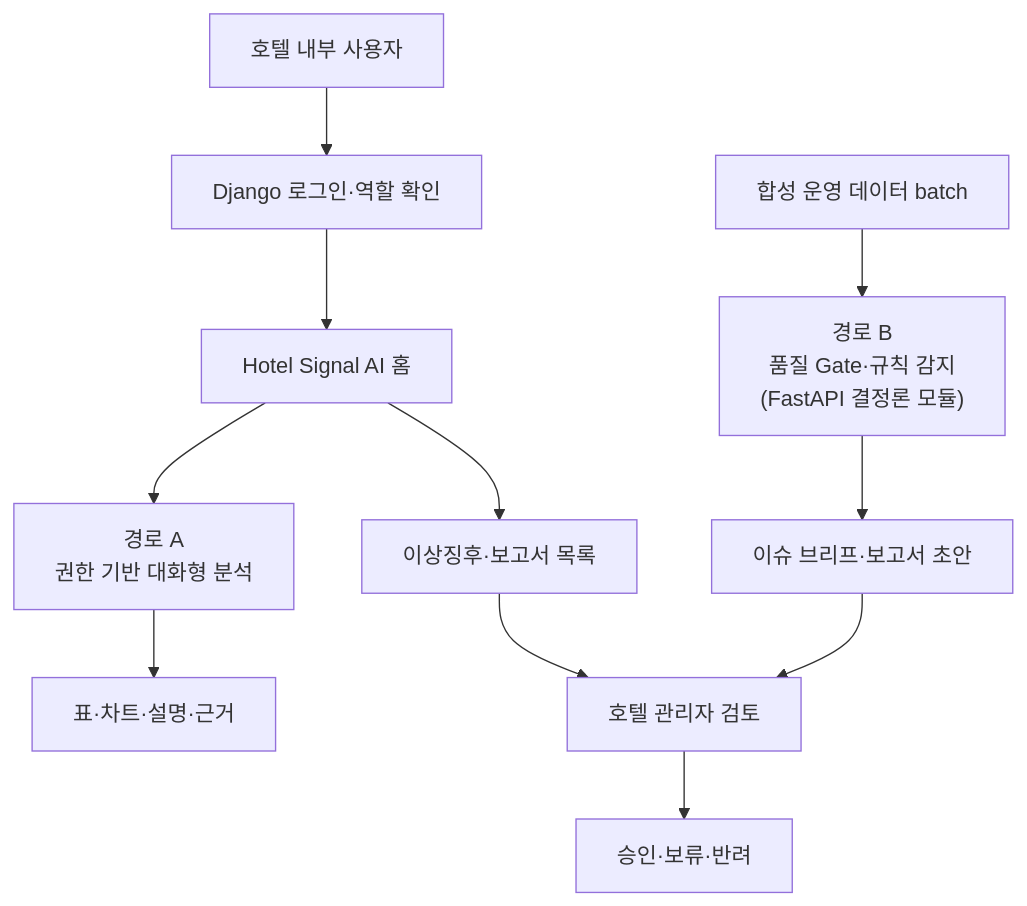
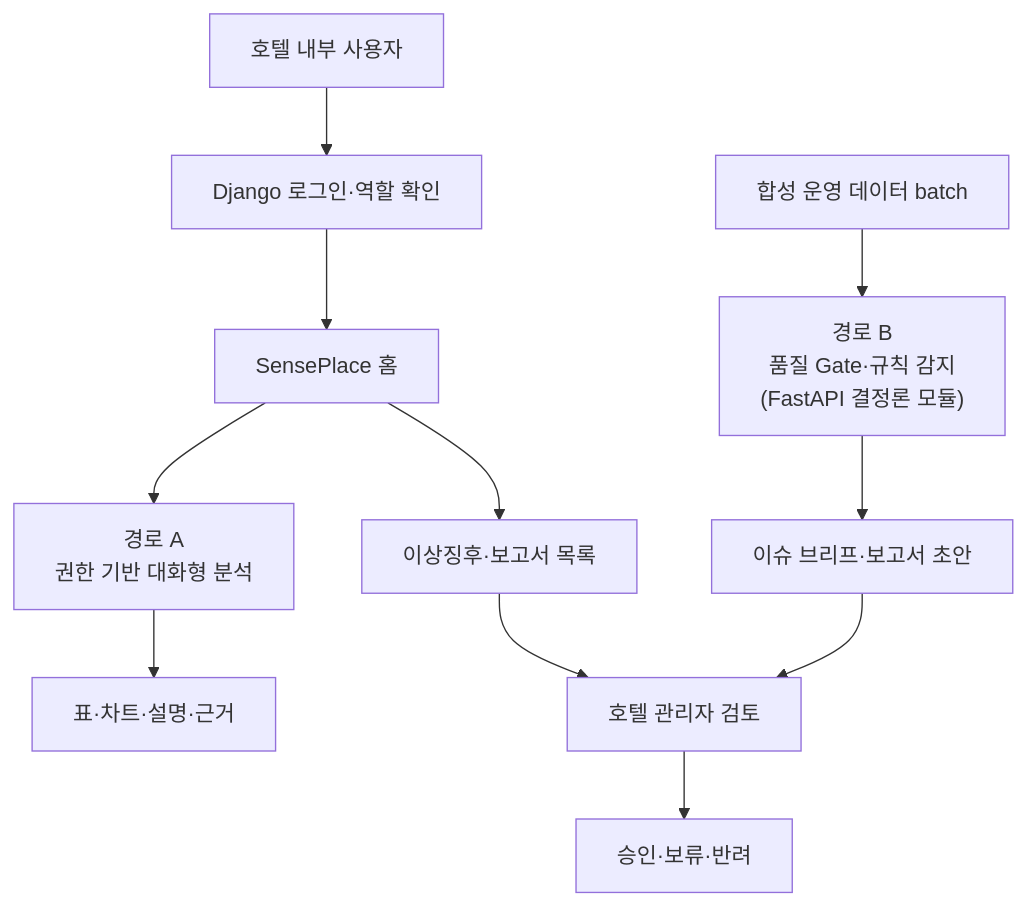
The third of 8 diagrams in docs/markdown/SensePlace_기획서_초안.md (hijun318-eng/skn29_final_3team), drawn with Mermaid before and after one commit. The commit also changed other lines of this file and 6 other files, not shown here.

Commit message:
docs(planning): SensePlace 문서와 후속 실행 프롬프트 동기화

````diff
--- a/docs/markdown/SensePlace_기획서_초안.md
+++ b/docs/markdown/SensePlace_기획서_초안.md
@@ -275,16 +276,16 @@
 ```mermaid
 flowchart TB
     USER["호텔 내부 사용자"] --> AUTH["Django 로그인·역할 확인"]
-    AUTH --> HOME["Hotel Signal AI 홈"]
+    AUTH --> HOME["SensePlace 홈"]
 
     HOME --> CHAT["경로 A<br/>권한 기반 대화형 분석"]
     CHAT --> CHAT_RESULT["표·차트·설명·근거"]
 
     DATA["합성 운영 데이터 batch"] --> DETECT["경로 B<br/>품질 Gate·규칙 감지<br/>(FastAPI 결정론 모듈)"]
     DETECT --> BRIEF["이슈 브리프·보고서 초안"]
     BRIEF --> REVIEW["호텔 관리자 검토"]
     REVIEW --> DECISION["승인·보류·반려"]
 
     HOME --> INCIDENTS["이상징후·보고서 목록"]
     INCIDENTS --> REVIEW
 ```
````
